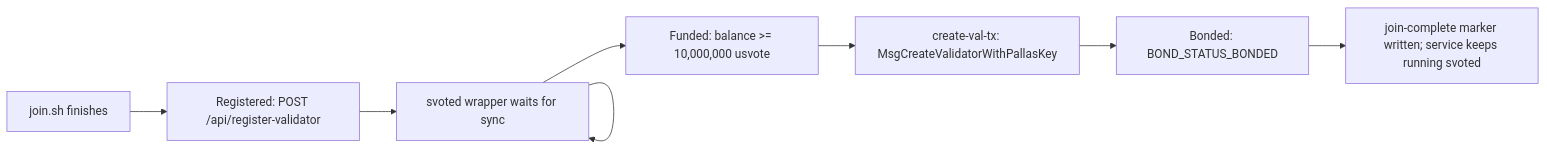
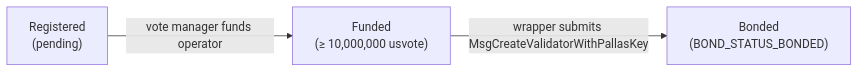
One commit to valargroup/vote-sdk changed the diagram in docs/runbooks/join-chain.md. Above: the diagram before and after it, drawn with Mermaid. The commit also changed other lines of this file, not shown here.

````diff
--- a/docs/runbooks/join-chain.md
+++ b/docs/runbooks/join-chain.md
@@ -70,10 +70,5 @@
 ```mermaid
 flowchart LR
-  installed["join.sh finishes"] --> registered["Registered: POST /api/register-validator"]
-  registered --> service["svoted wrapper waits for sync"]
-  service --> funded["Funded: balance >= 10,000,000 usvote"]
-  funded --> createValTx["create-val-tx: MsgCreateValidatorWithPallasKey"]
-  createValTx --> bonded["Bonded: BOND_STATUS_BONDED"]
-  bonded --> done["join-complete marker written; service keeps running svoted"]
-  service --> service
+  registered["Registered<br/>(pending)"] -->|vote manager funds operator| funded["Funded<br/>(≥ 10,000,000 usvote)"]
+  funded -->|wrapper submits MsgCreateValidatorWithPallasKey| bonded["Bonded<br/>(BOND_STATUS_BONDED)"]
 ```
````
